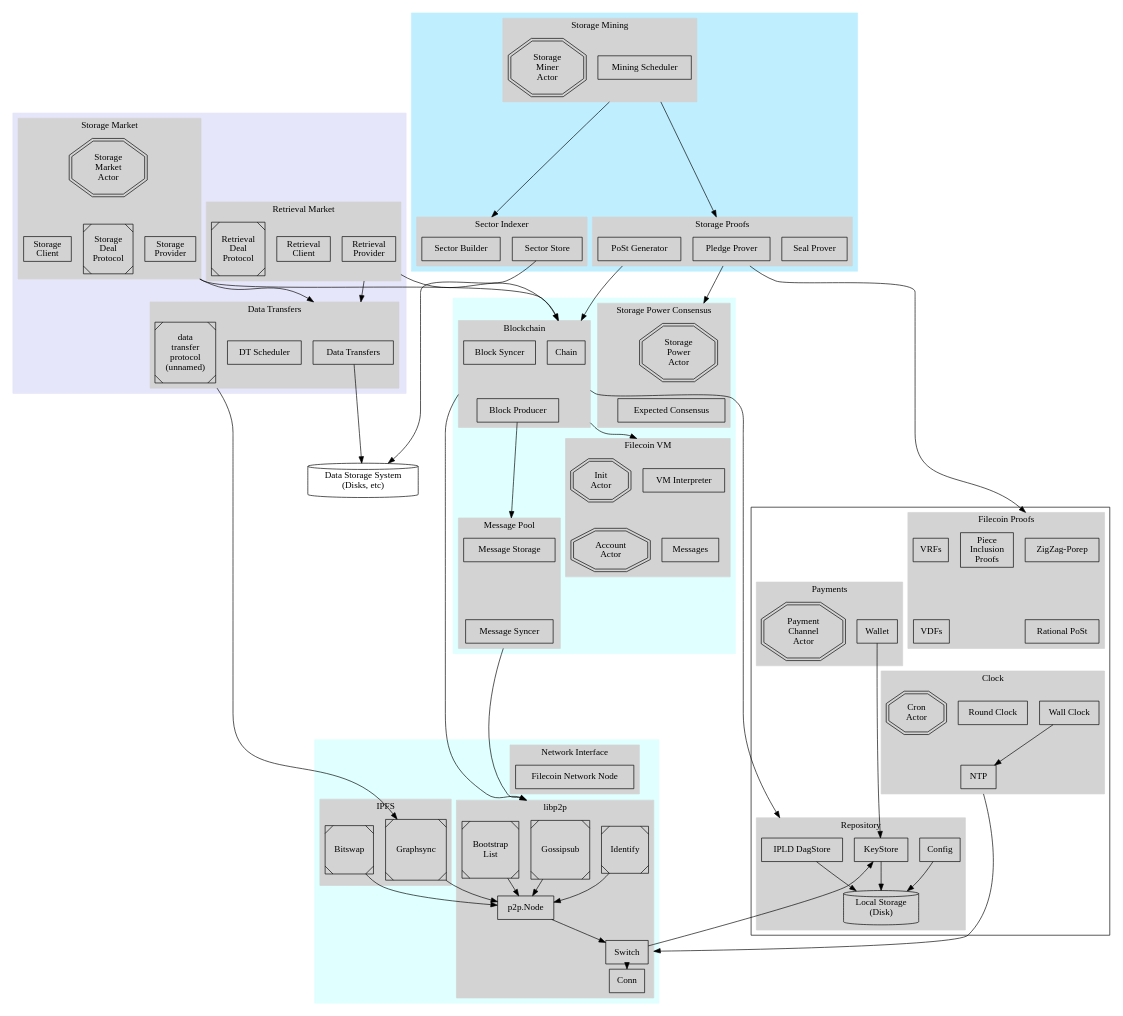
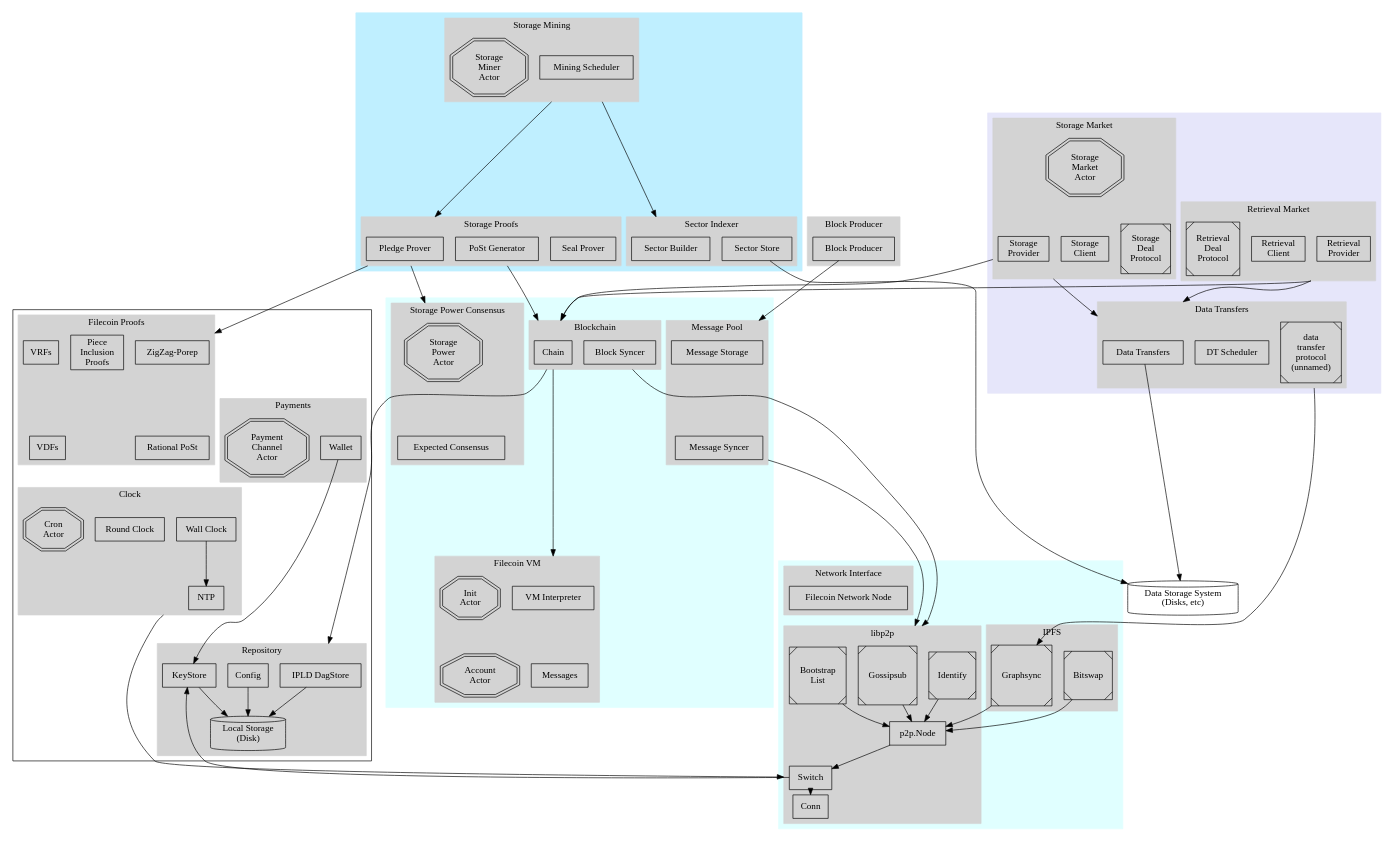
One commit to filecoin-project/specs changed the diagram in diagrams/overview1/overview.dot. Above: the diagram before and after it, drawn with Graphviz. The commit also changed 25 other files, not shown here.

```diff
--- a/diagrams/overview1/overview.dot
+++ b/diagrams/overview1/overview.dot
@@ -2,6 +2,16 @@
   compound=true;
   ranksep=0.01;
 
+  subgraph cluster_block_producer {
+    style=filled
+    color=lightgrey
+    label = "Block Producer"
+
+    { // components
+      node [shape=box]
+      "Block Producer"
+    }
+  }
 
   subgraph cluster_blockchain_subgroup {
     color=lightcyan1
@@ -16,7 +26,6 @@
         node [shape=box]
         "Chain"
         "Block Syncer"
-        "Block Producer"
       }
 
       "Chain" -> "Block Producer" [style=invis]
```
